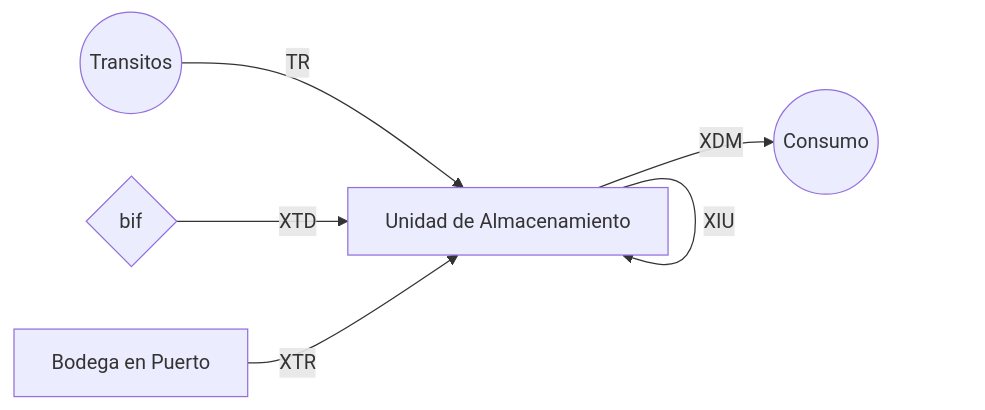
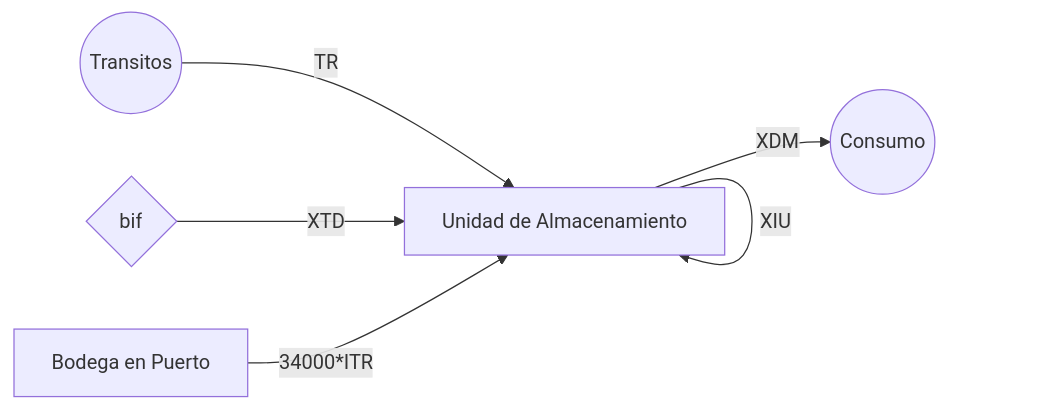
Before and after one commit to luisferpinilla/bios_solver: the eighth of 8 diagrams in README.md, drawn with Mermaid. The commit also changed other lines of this file, not shown here.

````diff
--- a/README.md
+++ b/README.md
@@ -324,9 +288,8 @@
 ```mermaid
 graph LR;
     id3((Transitos)) --TR--> id4[Unidad de Almacenamiento]
     id1{bif} --XTD--> id4[Unidad de Almacenamiento]
-    id2[Bodega en Puerto] --XTR--> id4[Unidad de Almacenamiento]
-
+    id2[Bodega en Puerto] --34000*ITR--> id4[Unidad de Almacenamiento]
     id4[Unidad de Almacenamiento] --XIU--> id4[Unidad de Almacenamiento]
     id4[Unidad de Almacenamiento] --XDM-->id5((Consumo))
 ```
````
